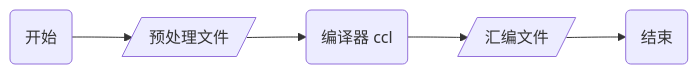
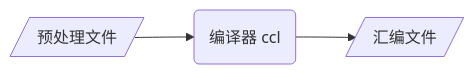
Before and after one commit to dmjcb/dmjcb.github.io: the third of 7 diagrams in _posts/language/c_c++/compile/2021-06-15-编译过程.md, drawn with Mermaid. The commit also changed other lines of this file and 32 other files, not shown here.

````diff
--- a/_posts/language/c_c++/compile/2021-06-15-编译过程.md
+++ b/_posts/language/c_c++/compile/2021-06-15-编译过程.md
@@ -95,4 +85,4 @@
 ```mermaid
 graph LR;
-    X(开始)-->A[/预处理文件/]-->C(编译器 ccl)-->S[/汇编文件/]-->Z(结束)
+    A[/预处理文件/]-->C(编译器 ccl)-->S[/汇编文件/]
 ```
````
